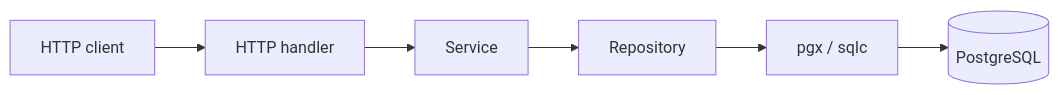
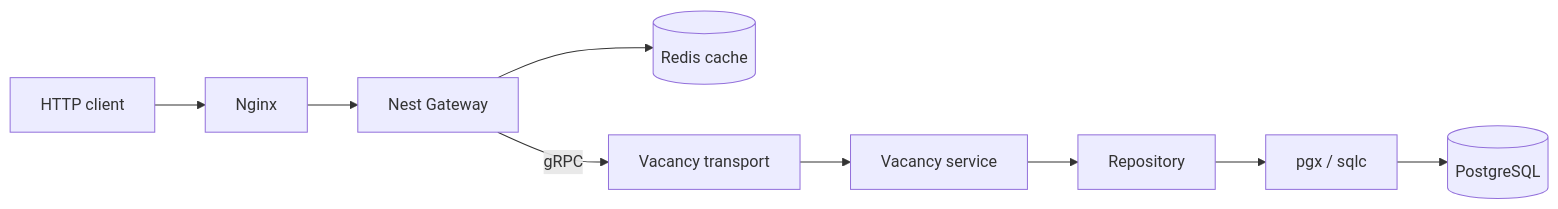
One commit to AndreyPiganov/Job_Agregator changed the diagram in README.md. Above: the diagram before and after it, drawn with Mermaid. The commit also changed other lines of this file and 22 other files, not shown here.

Commit message:
add redis and nginx

````diff
--- a/README.md
+++ b/README.md
@@ -39,8 +44,11 @@
 ```mermaid
 flowchart LR
-    Client[HTTP client] --> Handler[HTTP handler]
-    Handler --> Service[Service]
+    Client[HTTP client] --> Nginx[Nginx]
+    Nginx --> Gateway[Nest Gateway]
+    Gateway --> Redis[(Redis cache)]
+    Gateway -->|gRPC| Handler[Vacancy transport]
+    Handler --> Service[Vacancy service]
     Service --> Repository[Repository]
     Repository --> SQLC[pgx / sqlc]
     SQLC --> PostgreSQL[(PostgreSQL)]
 ```
````
